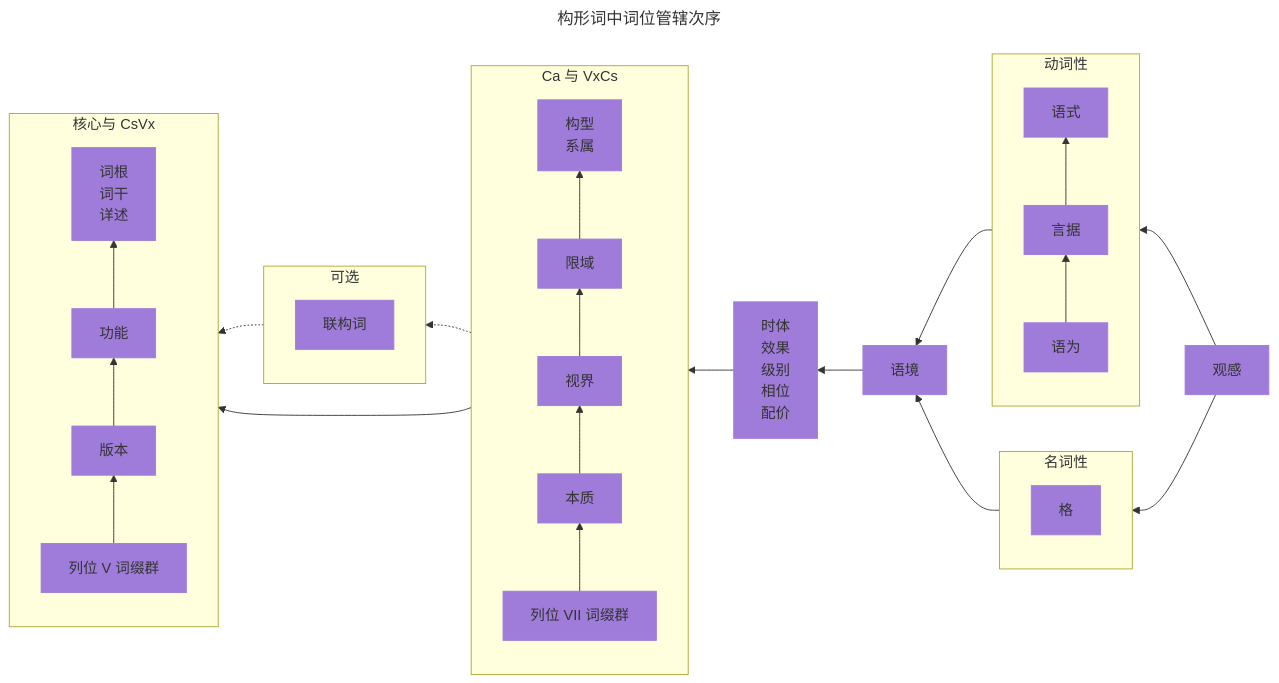
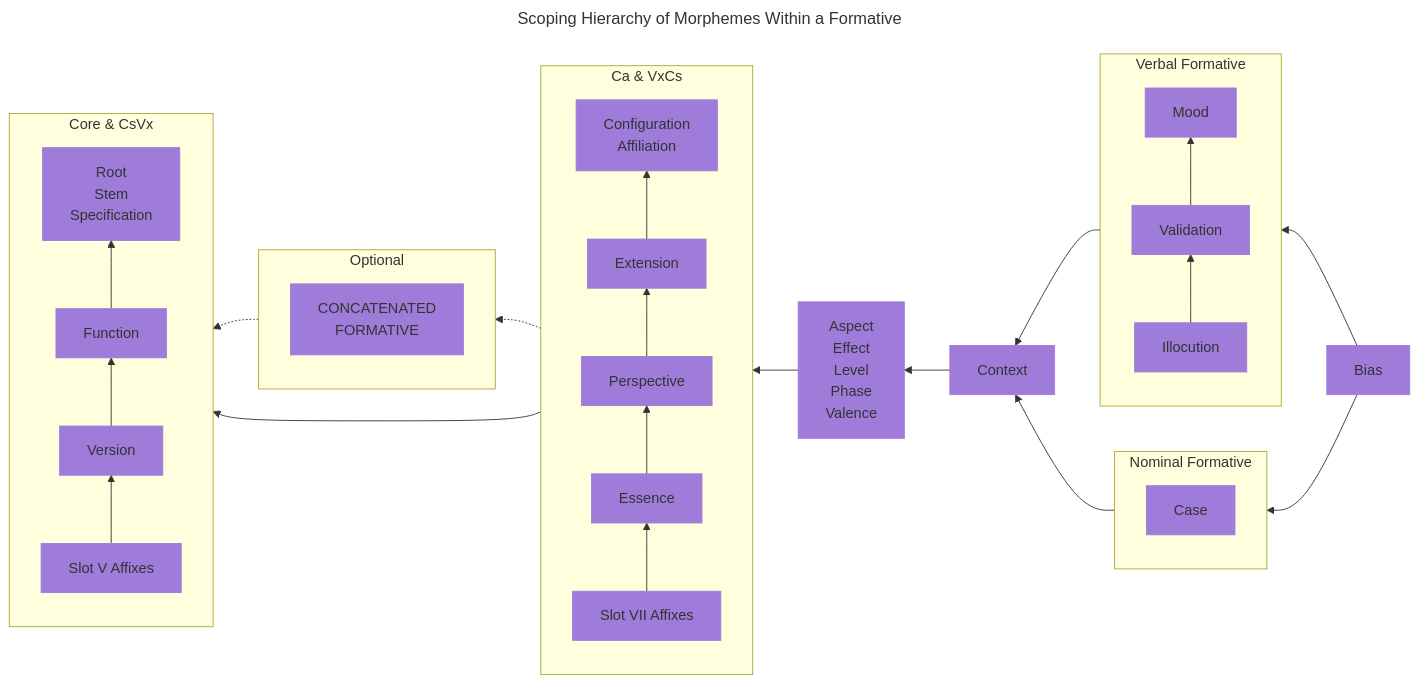
One commit to yuorb/yuorb.github.io changed the diagram in src/ja/docs/02.md. Above: the diagram before and after it, drawn with Mermaid. The commit also changed other lines of this file and 23 other files, not shown here.

````diff
--- a/src/ja/docs/02.md
+++ b/src/ja/docs/02.md
@@ -197,52 +203,53 @@
 ```mermaid
 ---
-title: 构形词中词位管辖次序
+title: Scoping Hierarchy of Morphemes Within a Formative
 ---
 flowchart RL
-    subgraph CORE [核心与 CsVx]
+    subgraph CORE [Core & CsVx]
     direction BT
-    a["词根
-    词干
-    详述"]
-    b[功能]
-    c[版本]
-    d[列位 V 词缀群]
+    a["Root
+    Stem
+    Specification"]
+    b[Function]
+    c[Version]
+    d[Slot V Affixes]
     d-->c-->b-->a
     end
-    subgraph opt [可选]
-    e[联构词]
+    subgraph opt [Optional]
+    e["CONCATENATED
+    FORMATIVE"]
     end
-    subgraph Ca [Ca 与 VxCs]
+    subgraph Ca [Ca & VxCs]
     direction BT
-    f["构型
-    系属"]
-    g[限域]
-    h[视界]
-    i[本质]
-    j[列位 VII 词缀群]
+    f["Configuration
+    Affiliation"]
+    g[Extension]
+    h[Perspective]
+    i[Essence]
+    j[Slot VII Affixes]
     j-->i-->h-->g-->f
     end
-    k["时体
-    效果
-    级别
-    相位
-    配价"]
-    l[语境]
+    k["Aspect
+    Effect
+    Level
+    Phase
+    Valence"]
+    l[Context]
     l-->k-->Ca-.->opt-.->CORE
     Ca-->CORE
-    subgraph verb [动词性]
+    subgraph verb [Verbal Formative]
     direction BT
-    p[语为]-->o[言据]-->n[语式]
+    p[Illocution]-->o[Validation]-->n[Mood]
     end
-    subgraph noun [名词性]
+    subgraph noun [Nominal Formative]
     direction BT
-    m[格]
+    m[Case]
     end
     verb-->l
     noun-->l
-    q[观感]
+    q[Bias]
     q-->verb
     q-->noun
     class a,b,c,d,e,f,g,h,i,j,k,l,m,n,o,p,q styl;
     classDef styl fill:#a07cda,stroke:#a07cda
 ```
````
